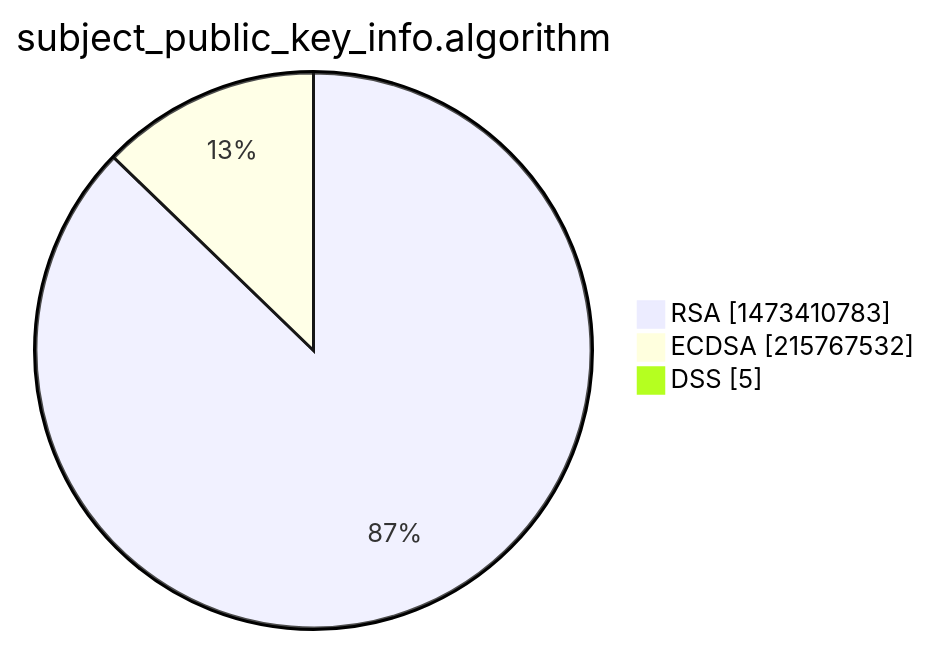
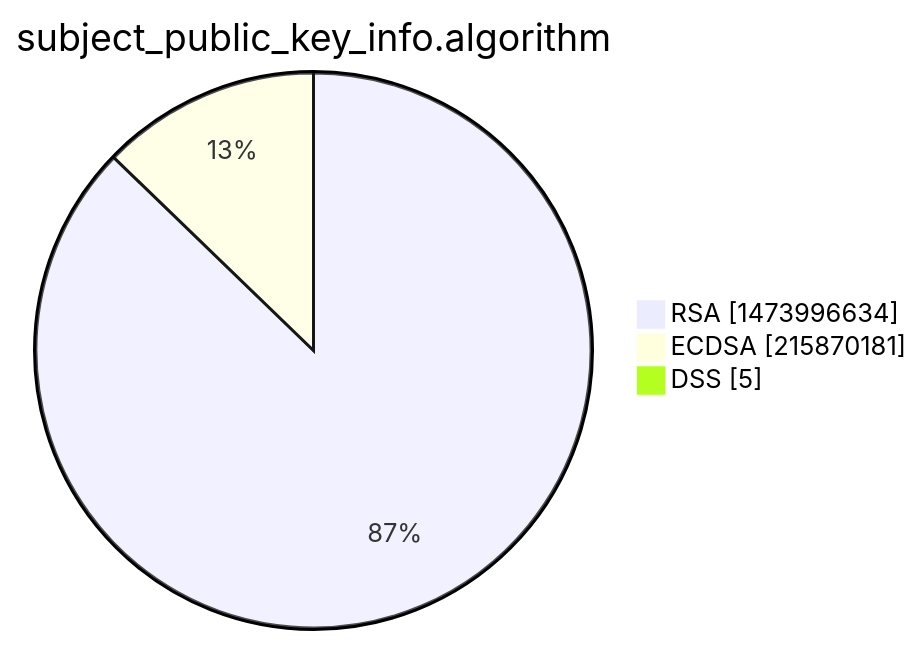
Before and after one commit to christiankrug/ctmonitor_visualization: the third of 15 diagrams in xenon2022/README.md, drawn with Mermaid. The commit also changed other lines of this file, not shown here.

````diff
--- a/xenon2022/README.md
+++ b/xenon2022/README.md
@@ -14,7 +14,7 @@
 ```mermaid
 pie showData
 title subject_public_key_info.algorithm
-"RSA" :1473410783
-"ECDSA" :215767532
+"RSA" :1473996634
+"ECDSA" :215870181
 "DSS" :5
 ```
````
